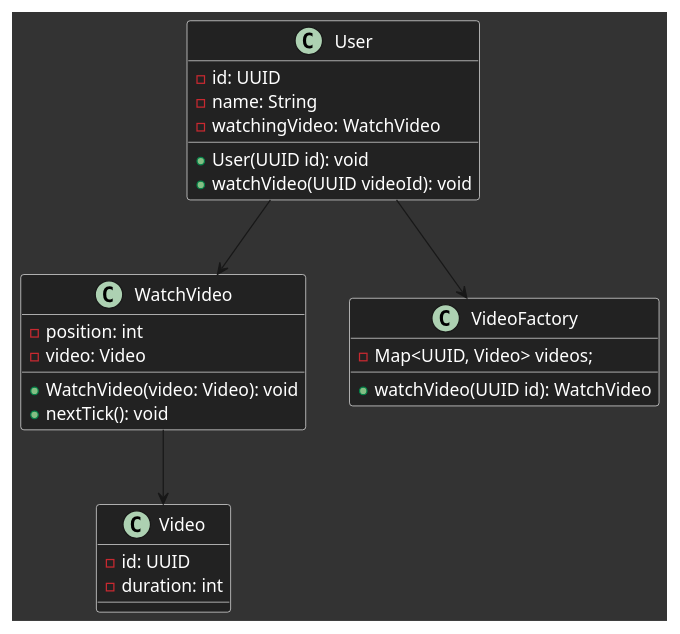
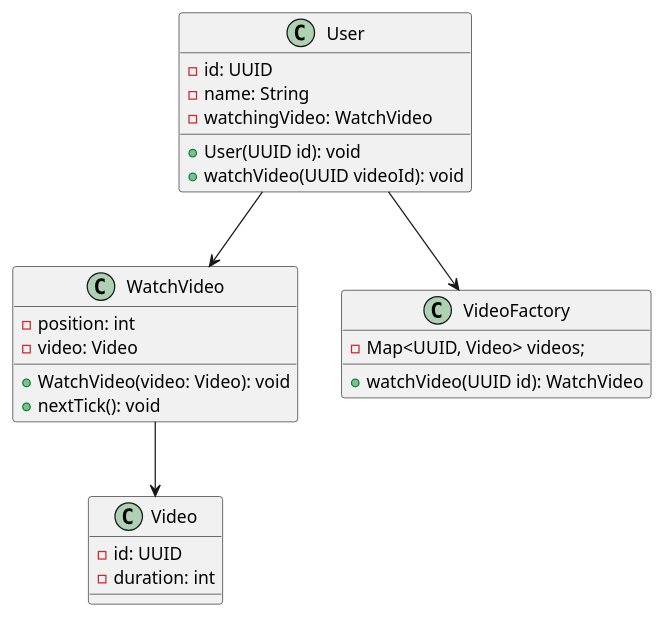
Before and after one commit to LucasAndrin/FlyweightPatttern: the diagram in src/VideoDiagram.puml, drawn with PlantUML. The commit also changed 5 other files, not shown here.

```diff
--- a/src/VideoDiagram.puml
+++ b/src/VideoDiagram.puml
@@ -1,43 +1,30 @@
 @startuml
-skinparam backgroundColor #333333
-skinparam class {
-  BackgroundColor #222
-  BorderColor #ffffff
-  FontColor #ffffff
-}
-skinparam classAttribute {
-    FontColor white
-}
-skinparam classMethod {
-    FontColor white
-}
-
 class User {
     - id: UUID
     - name: String
     - watchingVideo: WatchVideo
     + User(UUID id): void
     + watchVideo(UUID videoId): void
 }
 
 class Video {
     - id: UUID
     - duration: int
 }
 
 class WatchVideo {
     - position: int
     - video: Video
     + WatchVideo(video: Video): void
     + nextTick(): void
 }
 
 class VideoFactory {
     - Map<UUID, Video> videos;
     + watchVideo(UUID id): WatchVideo
 }
 
 User --> WatchVideo
 User --> VideoFactory
 WatchVideo --> Video
 @enduml
```
